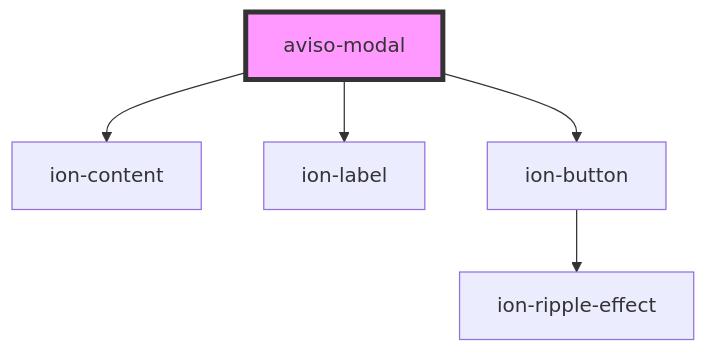
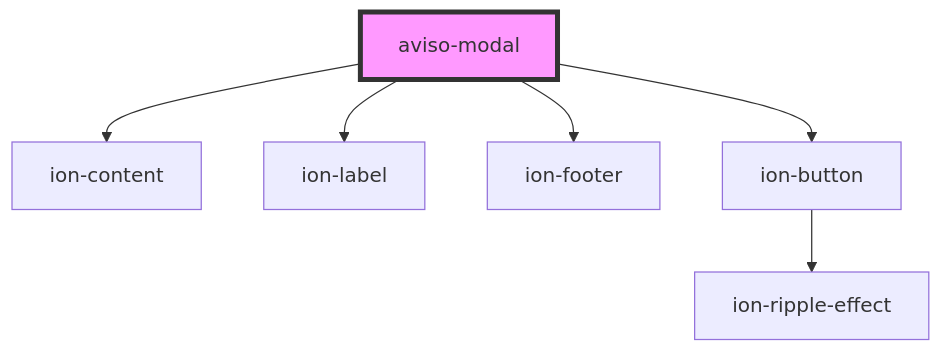
One commit to MEDGRUPOGIT/ionic-framework-1 changed the diagram in core/src/components/@templarios/ionic-1-migracao/simulados/aviso-modal/readme.md. Above: the diagram before and after it, drawn with Mermaid. The commit also changed other lines of this file and 18 other files, not shown here.

Commit message:
Ajuste ion-footer

````diff
--- a/core/src/components/@templarios/ionic-1-migracao/simulados/aviso-modal/readme.md
+++ b/core/src/components/@templarios/ionic-1-migracao/simulados/aviso-modal/readme.md
@@ -17,8 +18,9 @@
 ```mermaid
 graph TD;
   aviso-modal --> ion-content
   aviso-modal --> ion-label
+  aviso-modal --> ion-footer
   aviso-modal --> ion-button
   ion-button --> ion-ripple-effect
   style aviso-modal fill:#f9f,stroke:#333,stroke-width:4px
 ```
````
